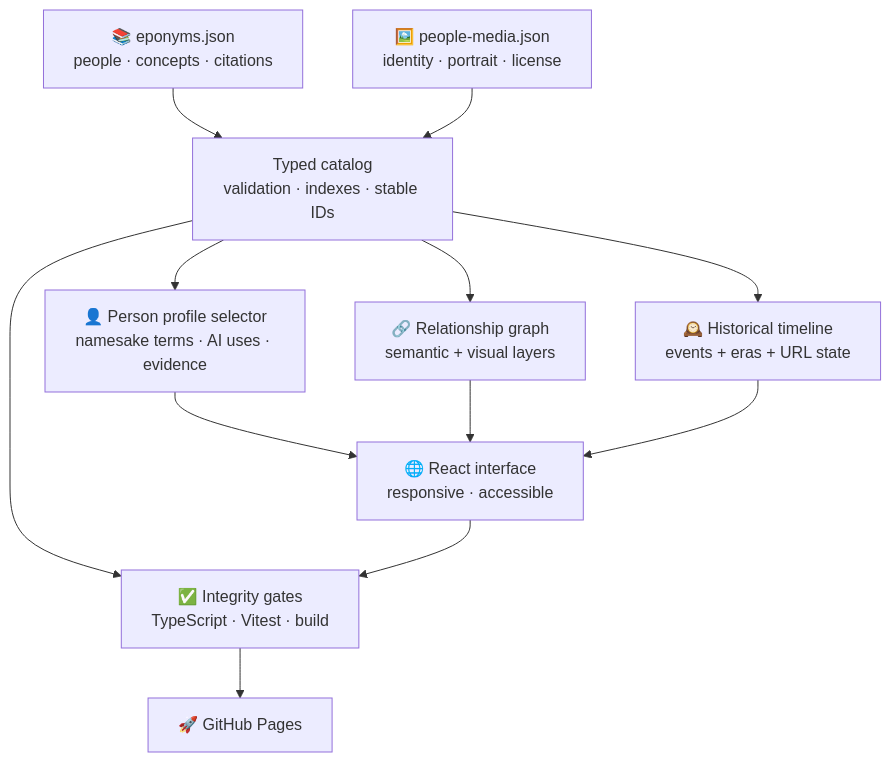
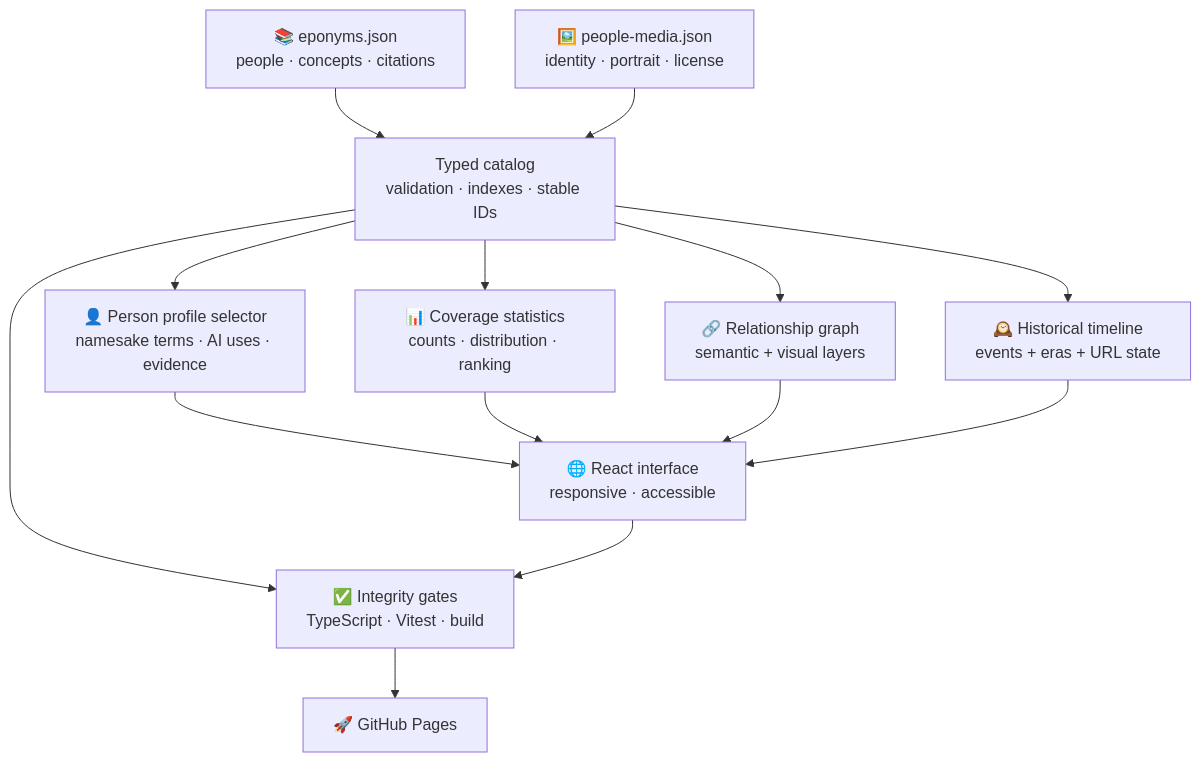
The second of 2 diagrams in README.md (ChaoYue0307/ai-eponym-atlas), drawn with Mermaid before and after one commit. The commit also changed other lines of this file and 18 other files, not shown here.

Commit message:
Add audited people-concept coverage ranking

````diff
--- a/README.md
+++ b/README.md
@@ -245,24 +269,27 @@
 ```mermaid
 flowchart TD
     E["📚 eponyms.json<br/>people · concepts · citations"]
     P["🖼️ people-media.json<br/>identity · portrait · license"]
     C["Typed catalog<br/>validation · indexes · stable IDs"]
     R["👤 Person profile selector<br/>namesake terms · AI uses · evidence"]
+    S["📊 Coverage statistics<br/>counts · distribution · ranking"]
     G["🔗 Relationship graph<br/>semantic + visual layers"]
     T["🕰️ Historical timeline<br/>events + eras + URL state"]
     U["🌐 React interface<br/>responsive · accessible"]
     Q["✅ Integrity gates<br/>TypeScript · Vitest · build"]
     D["🚀 GitHub Pages"]
 
     E --> C
     P --> C
     C --> R
+    C --> S
     C --> G
     C --> T
     R --> U
+    S --> U
     G --> U
     T --> U
     C --> Q
     U --> Q
     Q --> D
 ```
````
